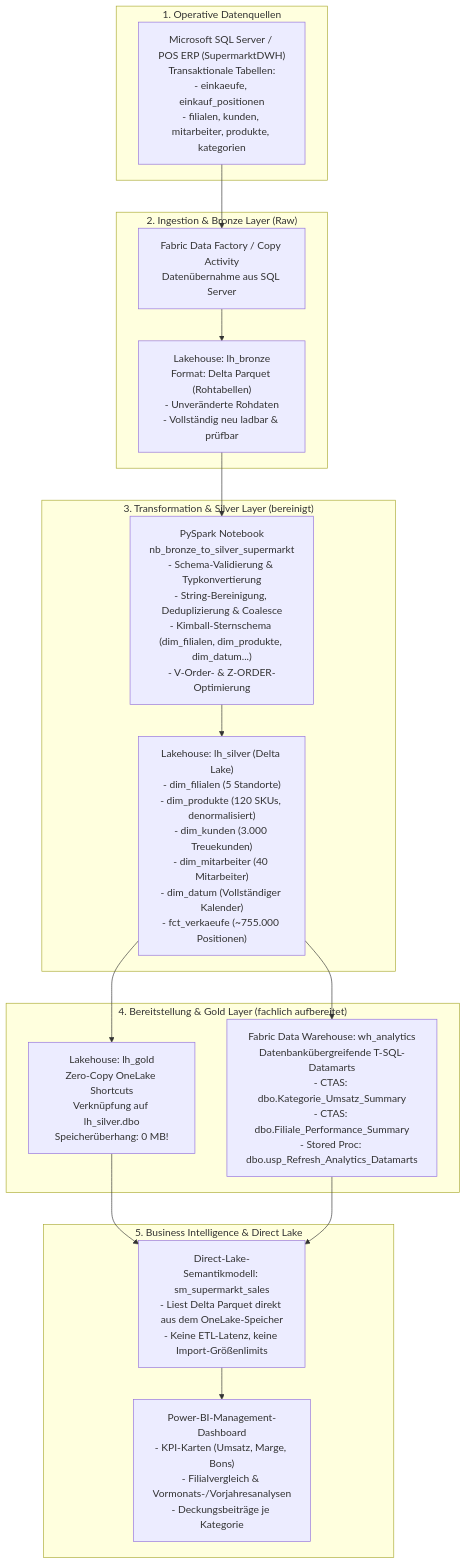
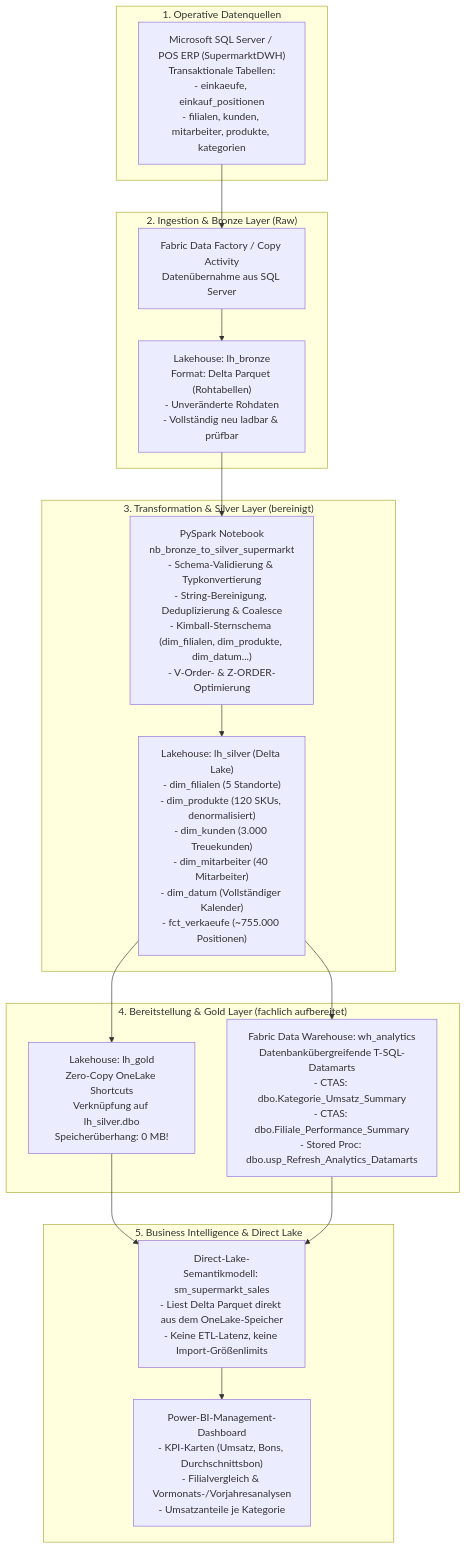
One commit to alefritz19/Supermarkt-Medallion-Lakehouse-Fabric changed the diagram in README.md. Above: the diagram before and after it, drawn with Mermaid. The commit also changed 1 other file, not shown here.

Commit message:
fix(dax): remove margin measures without purchase-price data
- Drop Total_Rohertrag and Rohertragsmarge_Pct (fct_verkaeufe has no Rohertrag column)
- README dashboard description no longer promises margin or contribution margin

````diff
--- a/README.md
+++ b/README.md
@@ -22,34 +22,34 @@
 ```mermaid
 flowchart TD
     subgraph OnPrem["1. Operative Datenquellen"]
         SQL["Microsoft SQL Server / POS ERP (SupermarktDWH)\nTransaktionale Tabellen:\n- einkaeufe, einkauf_positionen\n- filialen, kunden, mitarbeiter, produkte, kategorien"]
     end
 
     subgraph FabricBronze["2. Ingestion & Bronze Layer (Raw)"]
         GW["Fabric Data Factory / Copy Activity\nDatenübernahme aus SQL Server"]
         Bronze["Lakehouse: lh_bronze\nFormat: Delta Parquet (Rohtabellen)\n- Unveränderte Rohdaten\n- Vollständig neu ladbar & prüfbar"]
     end
 
     subgraph FabricSilver["3. Transformation & Silver Layer (bereinigt)"]
         NB["PySpark Notebook\nnb_bronze_to_silver_supermarkt\n- Schema-Validierung & Typkonvertierung\n- String-Bereinigung, Deduplizierung & Coalesce\n- Kimball-Sternschema (dim_filialen, dim_produkte, dim_datum...)\n- V-Order- & Z-ORDER-Optimierung"]
         Silver["Lakehouse: lh_silver (Delta Lake)\n- dim_filialen (5 Standorte)\n- dim_produkte (120 SKUs, denormalisiert)\n- dim_kunden (3.000 Treuekunden)\n- dim_mitarbeiter (40 Mitarbeiter)\n- dim_datum (Vollständiger Kalender)\n- fct_verkaeufe (~755.000 Positionen)"]
     end
 
     subgraph FabricGold["4. Bereitstellung & Gold Layer (fachlich aufbereitet)"]
         Gold["Lakehouse: lh_gold\nZero-Copy OneLake Shortcuts\nVerknüpfung auf lh_silver.dbo\nSpeicherüberhang: 0 MB!"]
         WH["Fabric Data Warehouse: wh_analytics\nDatenbankübergreifende T-SQL-Datamarts\n- CTAS: dbo.Kategorie_Umsatz_Summary\n- CTAS: dbo.Filiale_Performance_Summary\n- Stored Proc: dbo.usp_Refresh_Analytics_Datamarts"]
     end
 
     subgraph PowerBI["5. Business Intelligence & Direct Lake"]
         SM["Direct-Lake-Semantikmodell: sm_supermarkt_sales\n- Liest Delta Parquet direkt aus dem OneLake-Speicher\n- Keine ETL-Latenz, keine Import-Größenlimits"]
-        Report["Power-BI-Management-Dashboard\n- KPI-Karten (Umsatz, Marge, Bons)\n- Filialvergleich & Vormonats-/Vorjahresanalysen\n- Deckungsbeiträge je Kategorie"]
+        Report["Power-BI-Management-Dashboard\n- KPI-Karten (Umsatz, Bons, Durchschnittsbon)\n- Filialvergleich & Vormonats-/Vorjahresanalysen\n- Umsatzanteile je Kategorie"]
     end
 
     SQL --> GW --> Bronze
     Bronze --> NB --> Silver
     Silver --> Gold
     Silver --> WH
     Gold --> SM
     WH --> SM
     SM --> Report
 ```
````
